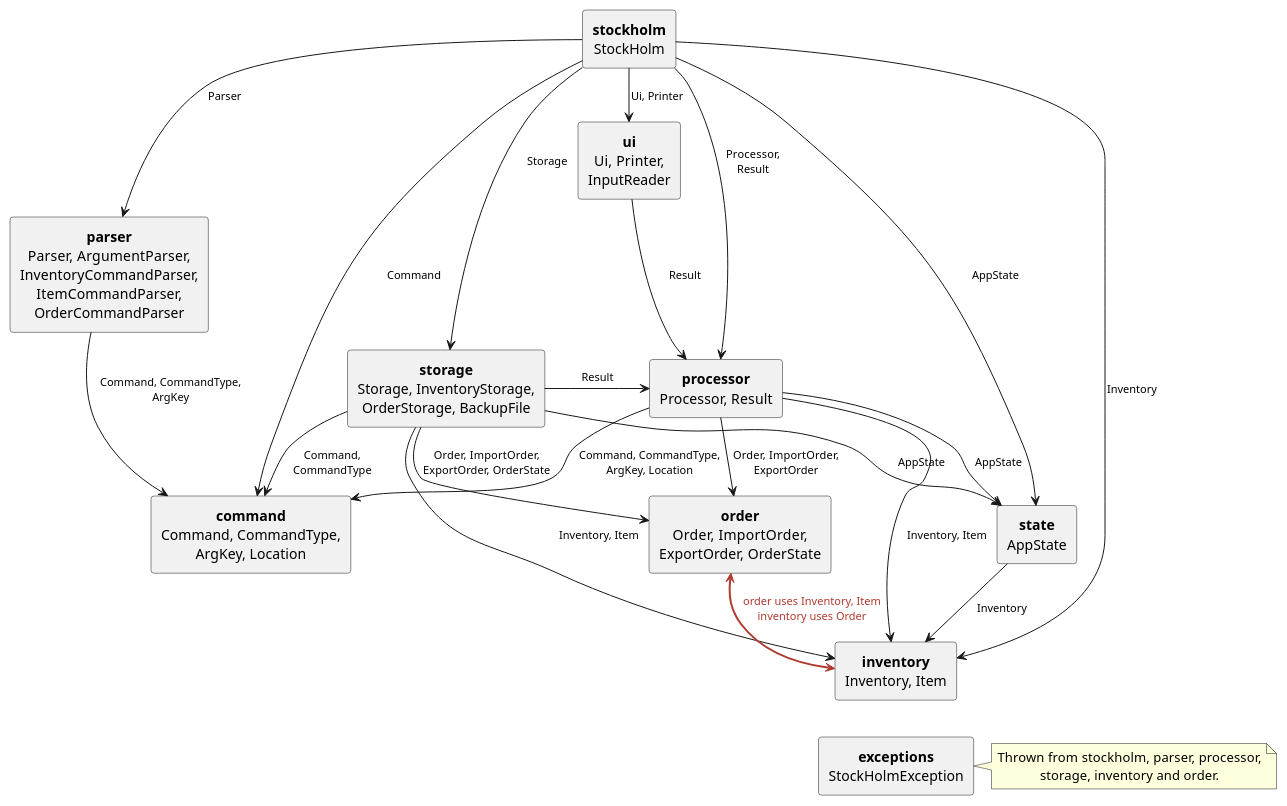
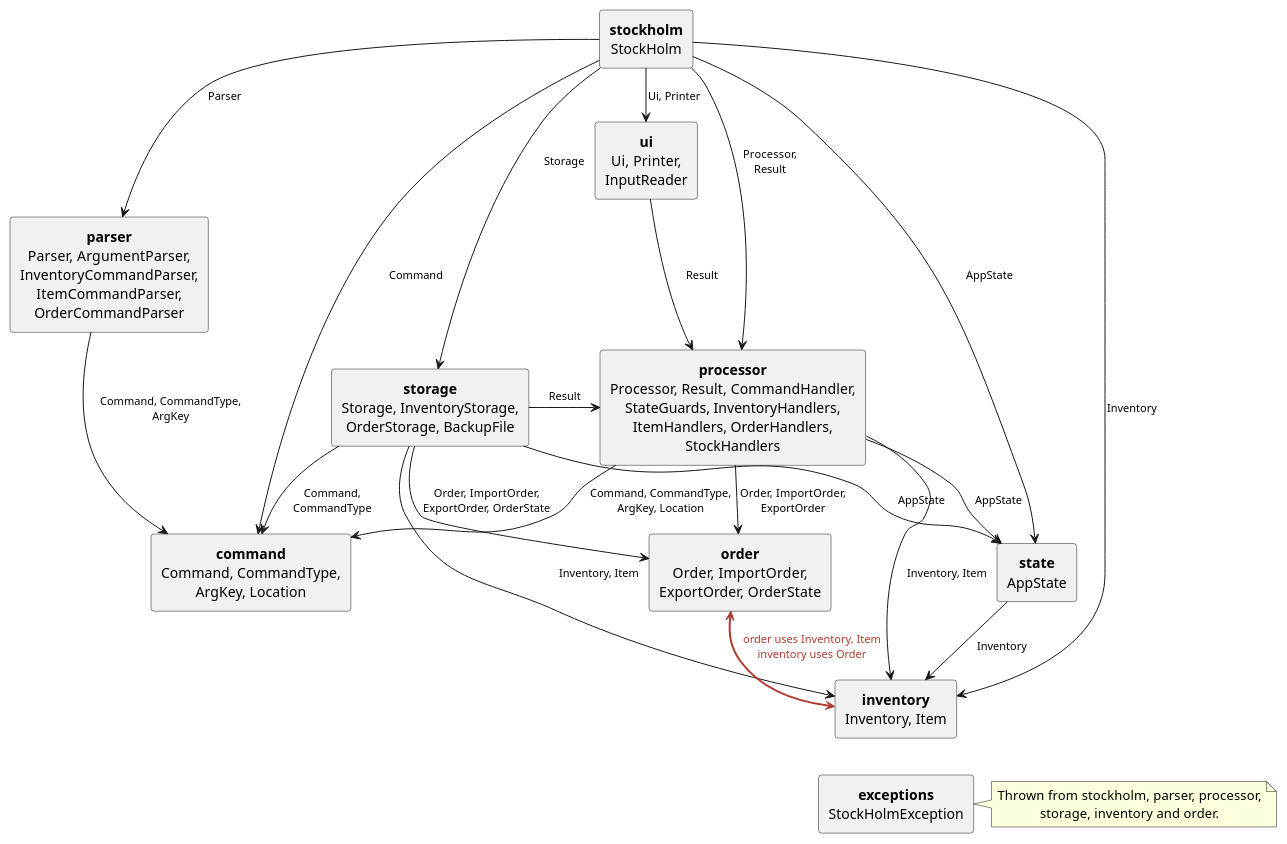
Before and after one commit to AY2627S1-CS2113-W14-4/tp: the diagram in docs/diagrams/CouplingDiagram.puml, drawn with PlantUML. The commit also changed 14 other files, not shown here.

Commit message:
Split Processor into per-domain handlers

```diff
--- a/docs/diagrams/CouplingDiagram.puml
+++ b/docs/diagrams/CouplingDiagram.puml
@@ -1,52 +1,52 @@
 @startuml
 !pragma layout smetana
 top to bottom direction
 skinparam defaultTextAlignment center
 skinparam ArrowFontSize 11
 skinparam rectangle {
     RoundCorner 6
 }
 
 ' One box per package, listing its classes. Each arrow means "some class in the source package uses
 ' these classes of the target package". Arrows into stockholm.exceptions are left out; see the note.
 
 rectangle "**stockholm**\nStockHolm" as main
 rectangle "**ui**\nUi, Printer,\nInputReader" as ui
 rectangle "**parser**\nParser, ArgumentParser,\nInventoryCommandParser,\nItemCommandParser,\nOrderCommandParser" as parser
 rectangle "**storage**\nStorage, InventoryStorage,\nOrderStorage, BackupFile" as storage
-rectangle "**processor**\nProcessor, Result" as processor
+rectangle "**processor**\nProcessor, Result, CommandHandler,\nStateGuards, InventoryHandlers,\nItemHandlers, OrderHandlers,\nStockHandlers" as processor
 rectangle "**command**\nCommand, CommandType,\nArgKey, Location" as command
 rectangle "**state**\nAppState" as state
 rectangle "**order**\nOrder, ImportOrder,\nExportOrder, OrderState" as order
 rectangle "**inventory**\nInventory, Item" as inventory
 rectangle "**exceptions**\nStockHolmException" as exceptions
 
 main -down-> ui : Ui, Printer
 main -down-> parser : Parser
 main -down-> storage : Storage
 main -down-> processor : Processor,\nResult
 main -down-> state : AppState
 main -down-> command : Command
 main -down-> inventory : Inventory
 
 ui -down-> processor : Result
 parser -down-> command : Command, CommandType,\nArgKey
 storage -right-> processor : Result
 storage -down-> command : Command,\nCommandType
 storage -down-> state : AppState
 storage -down-> order : Order, ImportOrder,\nExportOrder, OrderState
 storage -down-> inventory : Inventory, Item
 processor -down-> command : Command, CommandType,\nArgKey, Location
 processor -down-> state : AppState
 processor -down-> order : Order, ImportOrder,\nExportOrder
 processor -down-> inventory : Inventory, Item
 state -down-> inventory : Inventory
 ' order and inventory depend on each other (a package cycle), so they are drawn as one two-way arrow.
 order <-[#B03A2E,bold]down-> inventory : <color:#B03A2E>order uses Inventory, Item</color>\n<color:#B03A2E>inventory uses Order</color>
 
 note right of exceptions
     Thrown from stockholm, parser, processor,
     storage, inventory and order.
 end note
 inventory -[hidden]down-> exceptions
 @enduml
```
